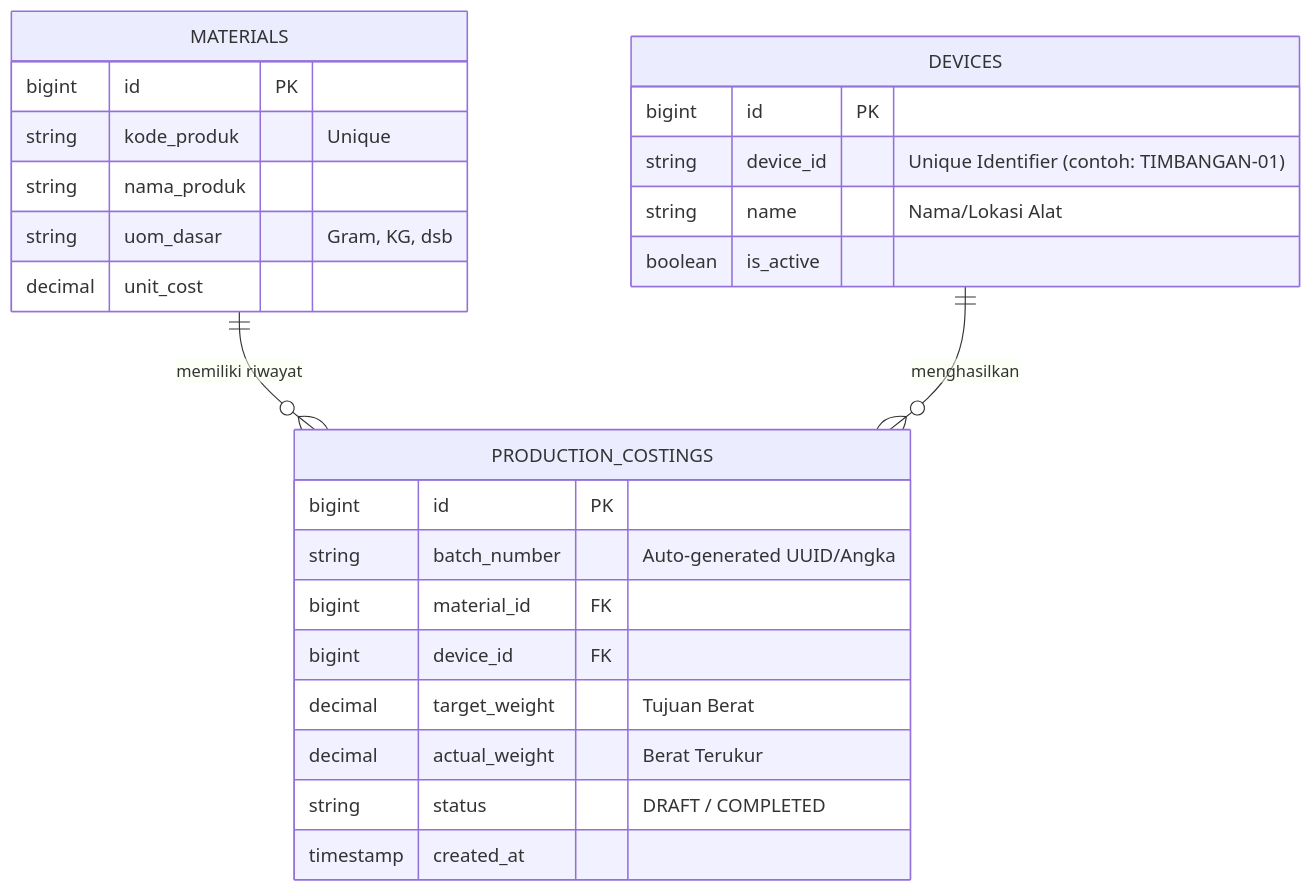
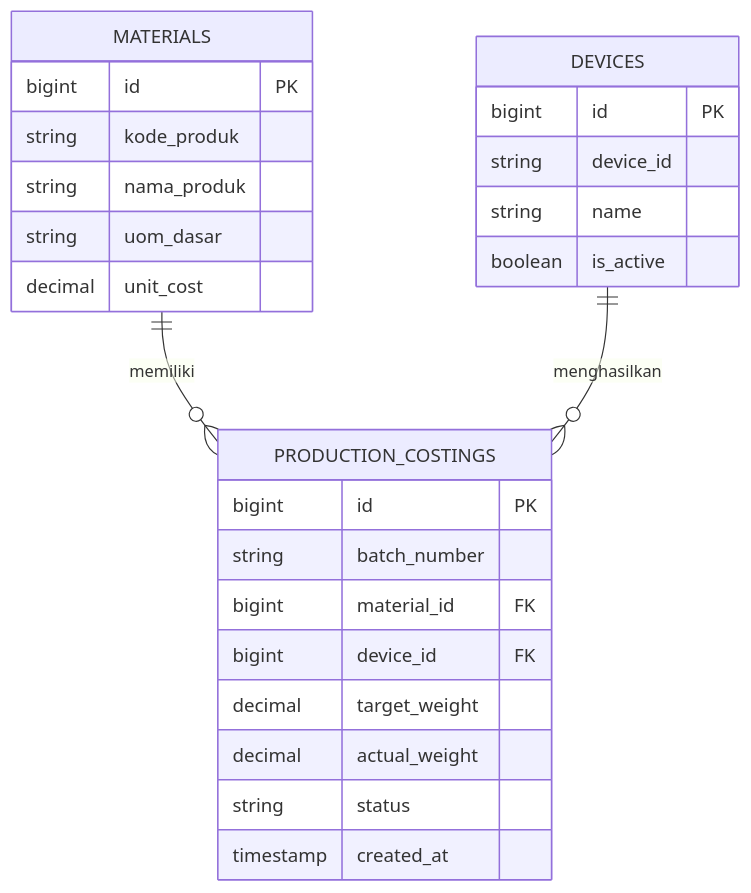
The third of 4 diagrams in Dokumentasi/UML_Diagrams.md (algar12/-MAGANG_PT_BINA_revisi), drawn with Mermaid before and after one commit. The commit also changed other lines of this file, not shown here.

Commit message:
Sanitize all Mermaid nodes to ensure GitHub rendering

````diff
--- a/Dokumentasi/UML_Diagrams.md
+++ b/Dokumentasi/UML_Diagrams.md
@@ -81,31 +81,31 @@
 ```mermaid
 erDiagram
     DEVICES {
         bigint id PK
-        string device_id "Unique Identifier (contoh: TIMBANGAN-01)"
-        string name "Nama/Lokasi Alat"
+        string device_id
+        string name
         boolean is_active
     }
     
     MATERIALS {
         bigint id PK
-        string kode_produk "Unique"
+        string kode_produk
         string nama_produk
-        string uom_dasar "Gram, KG, dsb"
+        string uom_dasar
         decimal unit_cost
     }
 
     PRODUCTION_COSTINGS {
         bigint id PK
-        string batch_number "Auto-generated UUID/Angka"
+        string batch_number
         bigint material_id FK
         bigint device_id FK
-        decimal target_weight "Tujuan Berat"
-        decimal actual_weight "Berat Terukur"
-        string status "DRAFT / COMPLETED"
+        decimal target_weight
+        decimal actual_weight
+        string status
         timestamp created_at
     }
 
-    MATERIALS ||--o{ PRODUCTION_COSTINGS : "memiliki riwayat"
-    DEVICES ||--o{ PRODUCTION_COSTINGS : "menghasilkan"
+    MATERIALS ||--o{ PRODUCTION_COSTINGS : memiliki
+    DEVICES ||--o{ PRODUCTION_COSTINGS : menghasilkan
 ```
````
